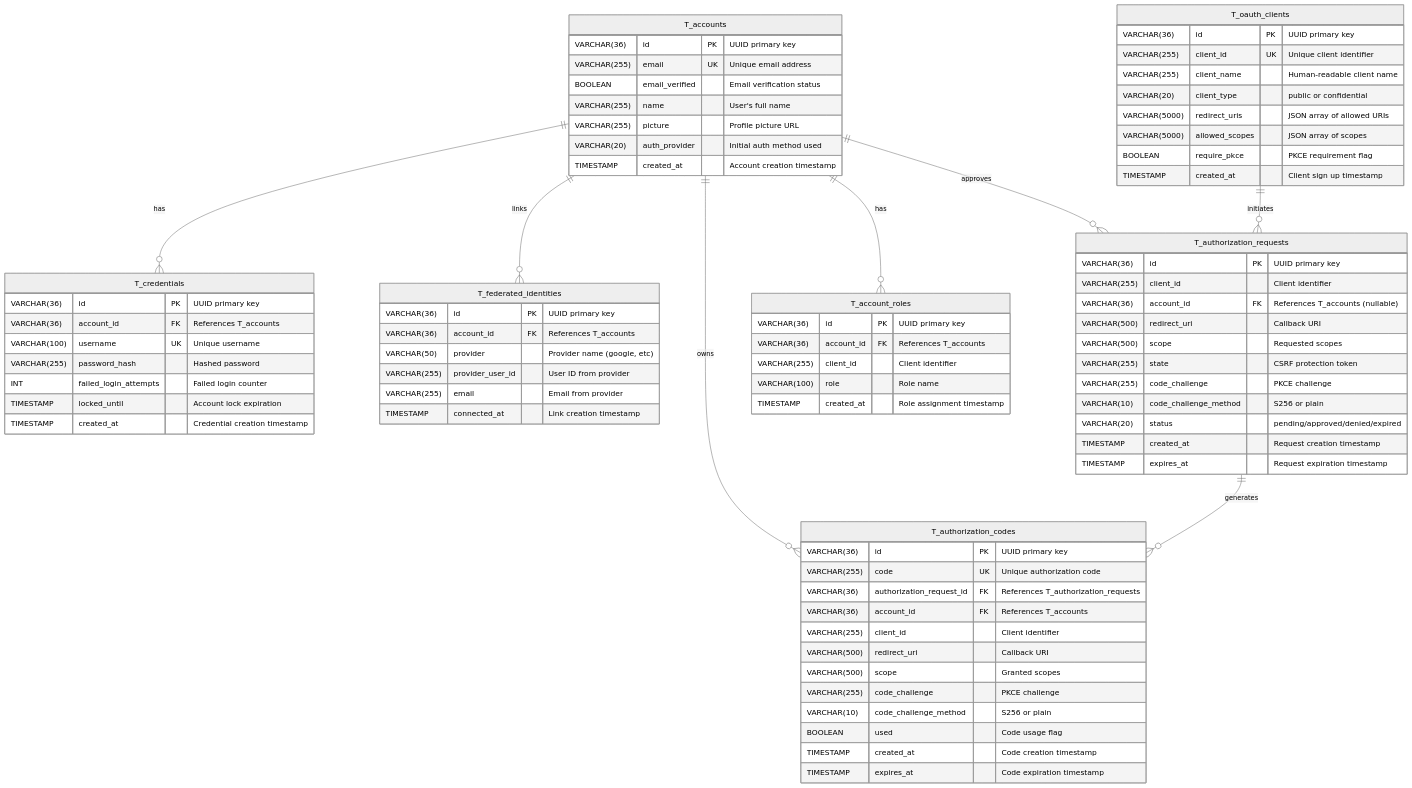
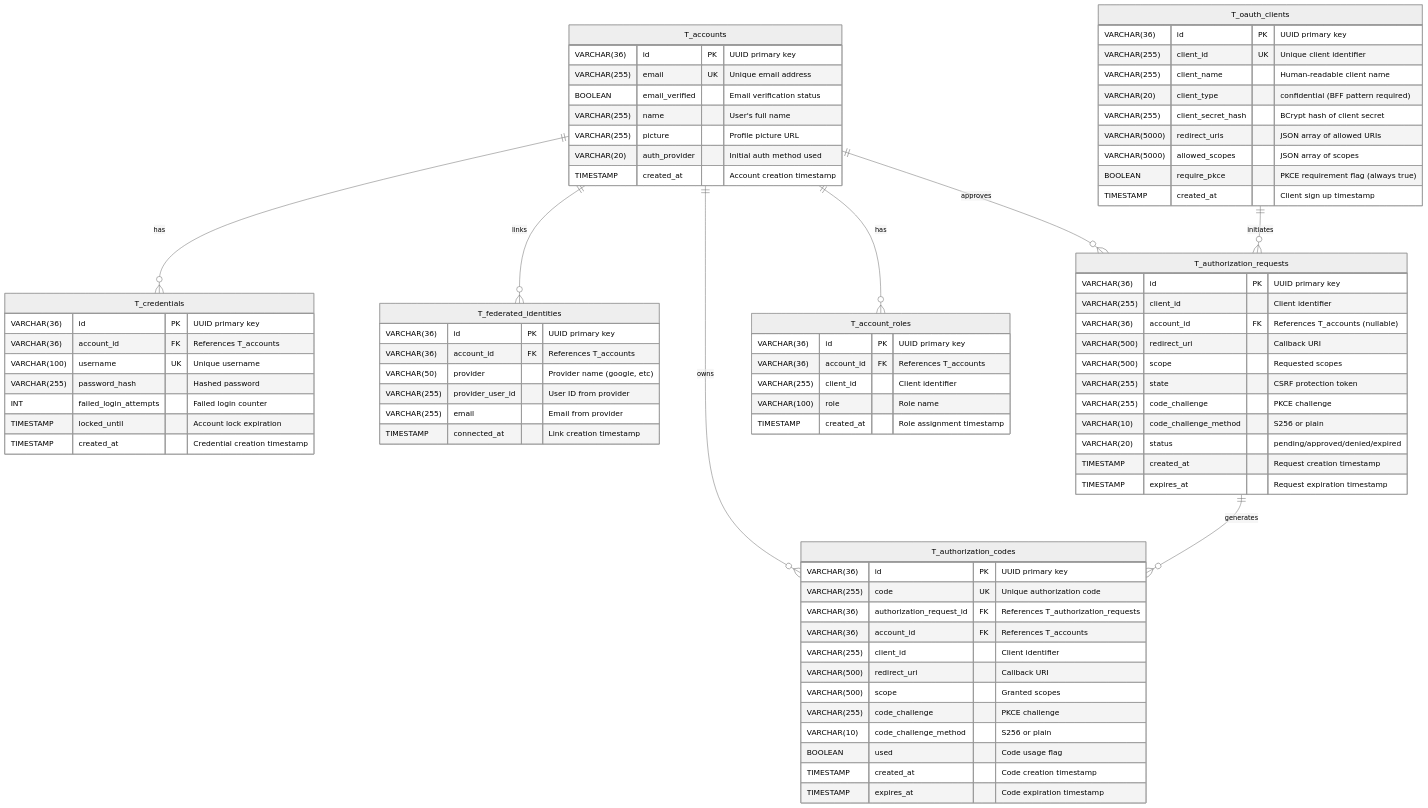
One commit to abstratium-dev/abstrauth changed the diagram in docs/DATABASE.md. Above: the diagram before and after it, drawn with Mermaid (neutral theme). The commit also changed other lines of this file and 46 other files, not shown here.

```diff
--- a/docs/DATABASE.md
+++ b/docs/DATABASE.md
@@ -49,10 +49,11 @@
         VARCHAR(36) id PK "UUID primary key"
         VARCHAR(255) client_id UK "Unique client identifier"
         VARCHAR(255) client_name "Human-readable client name"
-        VARCHAR(20) client_type "public or confidential"
+        VARCHAR(20) client_type "confidential (BFF pattern required)"
+        VARCHAR(255) client_secret_hash "BCrypt hash of client secret"
         VARCHAR(5000) redirect_uris "JSON array of allowed URIs"
         VARCHAR(5000) allowed_scopes "JSON array of scopes"
-        BOOLEAN require_pkce "PKCE requirement flag"
+        BOOLEAN require_pkce "PKCE requirement flag (always true)"
         TIMESTAMP created_at "Client sign up timestamp"
     }
 
```
